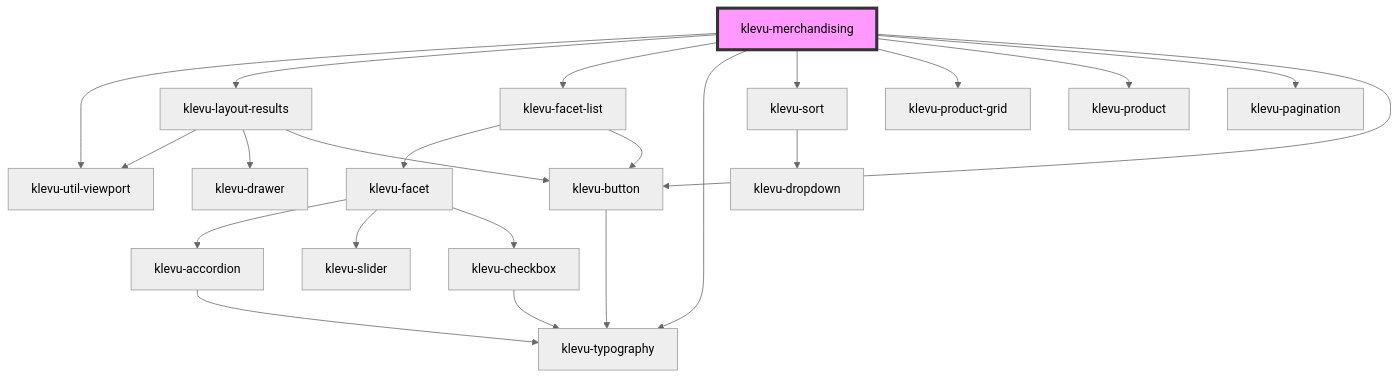
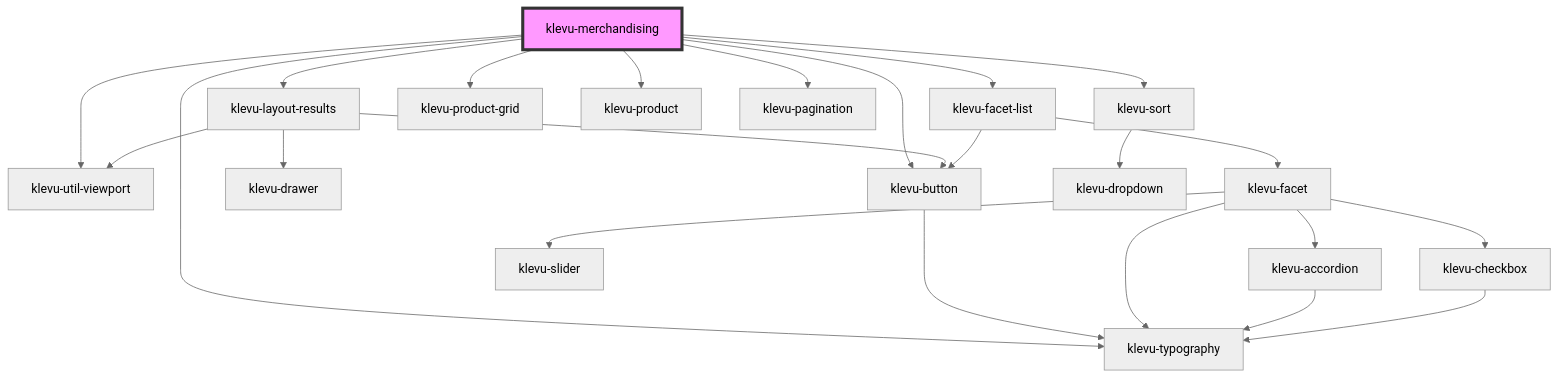
One commit to klevultd/frontend-sdk changed the diagram in packages/klevu-ui/src/components/klevu-merchandising/readme.md. Above: the diagram before and after it, drawn with Mermaid (neutral theme). The commit also changed 35 other files, not shown here.

Commit message:
Update layout, popup, search field, facet parts, dropdown

````diff
--- a/packages/klevu-ui/src/components/klevu-merchandising/readme.md
+++ b/packages/klevu-ui/src/components/klevu-merchandising/readme.md
@@ -39,25 +39,26 @@
 ```mermaid
 graph TD;
   klevu-merchandising --> klevu-util-viewport
   klevu-merchandising --> klevu-layout-results
   klevu-merchandising --> klevu-facet-list
   klevu-merchandising --> klevu-typography
   klevu-merchandising --> klevu-sort
   klevu-merchandising --> klevu-product-grid
   klevu-merchandising --> klevu-product
   klevu-merchandising --> klevu-pagination
   klevu-merchandising --> klevu-button
   klevu-layout-results --> klevu-util-viewport
+  klevu-layout-results --> klevu-button
   klevu-layout-results --> klevu-drawer
-  klevu-layout-results --> klevu-button
   klevu-button --> klevu-typography
   klevu-facet-list --> klevu-facet
   klevu-facet-list --> klevu-button
   klevu-facet --> klevu-accordion
+  klevu-facet --> klevu-typography
   klevu-facet --> klevu-slider
   klevu-facet --> klevu-checkbox
   klevu-accordion --> klevu-typography
   klevu-checkbox --> klevu-typography
   klevu-sort --> klevu-dropdown
   style klevu-merchandising fill:#f9f,stroke:#333,stroke-width:4px
 ```
````
